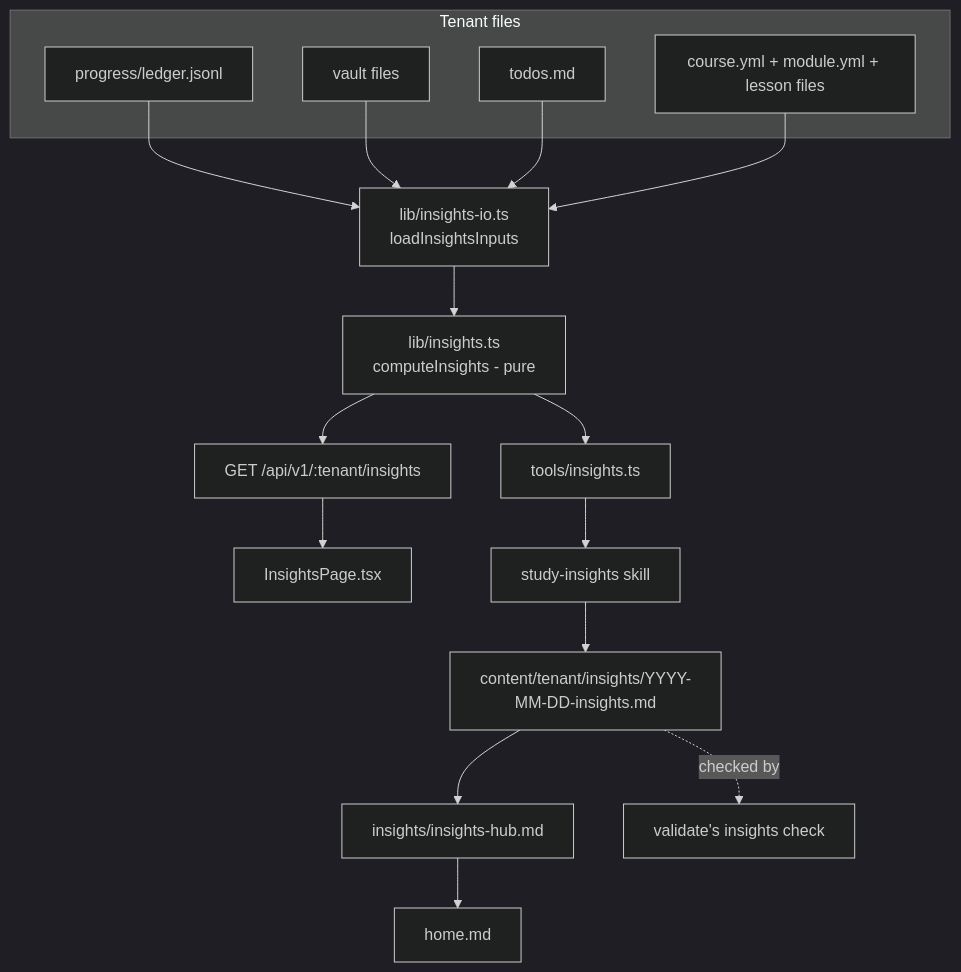
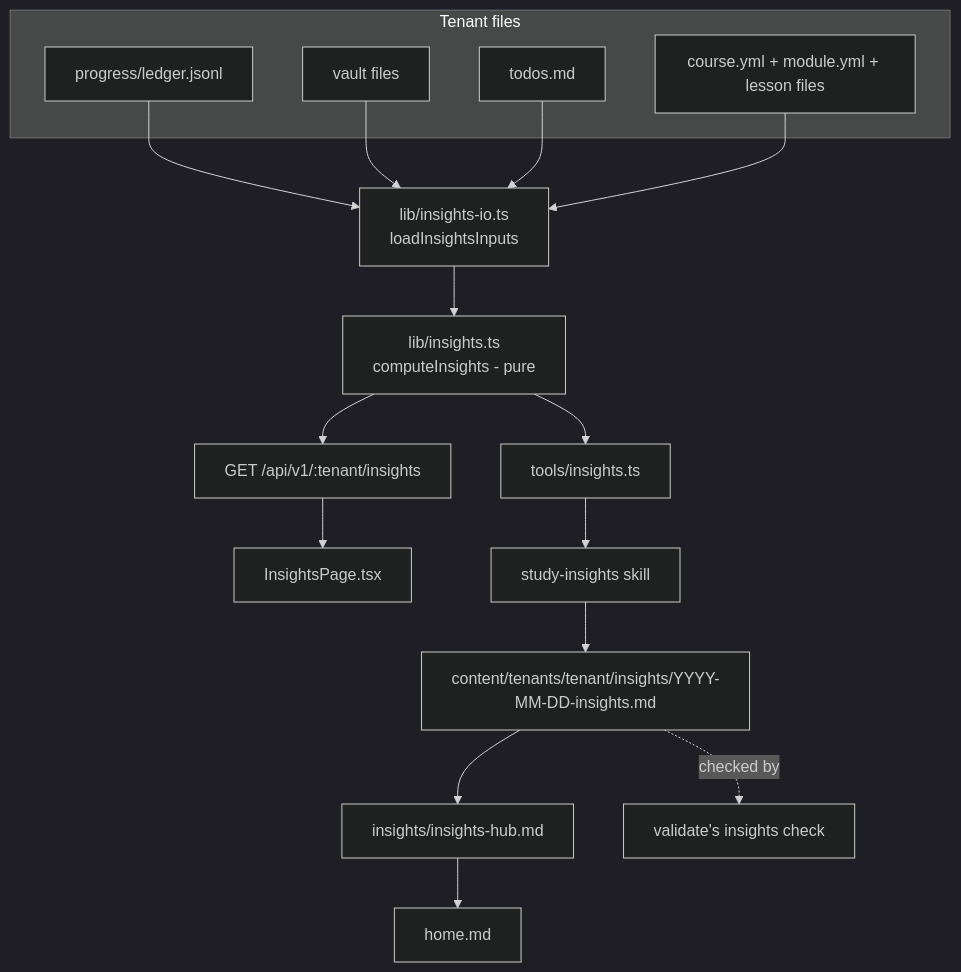
The diagram in docs/specs/insights.md (avishek2002/meno), drawn with Mermaid (dark theme) before and after one commit. The commit also changed other lines of this file and 67 other files, not shown here.

````diff
--- a/docs/specs/insights.md
+++ b/docs/specs/insights.md
@@ -63,22 +63,22 @@
 ```mermaid
 graph TD
     subgraph inputs [Tenant files]
         LG[progress/ledger.jsonl]
         VF[vault files]
         TD[todos.md]
         MF[course.yml + module.yml + lesson files]
     end
     IO[lib/insights-io.ts<br/>loadInsightsInputs] --> C
     LG --> IO
     VF --> IO
     TD --> IO
     MF --> IO
     C[lib/insights.ts<br/>computeInsights - pure] --> EP[GET /api/v1/:tenant/insights]
     C --> CLI[tools/insights.ts]
     EP --> UI[InsightsPage.tsx]
     CLI --> SK[study-insights skill]
-    SK --> N[content/tenant/insights/YYYY-MM-DD-insights.md]
+    SK --> N[content/tenants/tenant/insights/YYYY-MM-DD-insights.md]
     N --> HUB[insights/insights-hub.md]
     HUB --> HOME[home.md]
     N -.checked by.-> VAL[validate's insights check]
 ```
````
